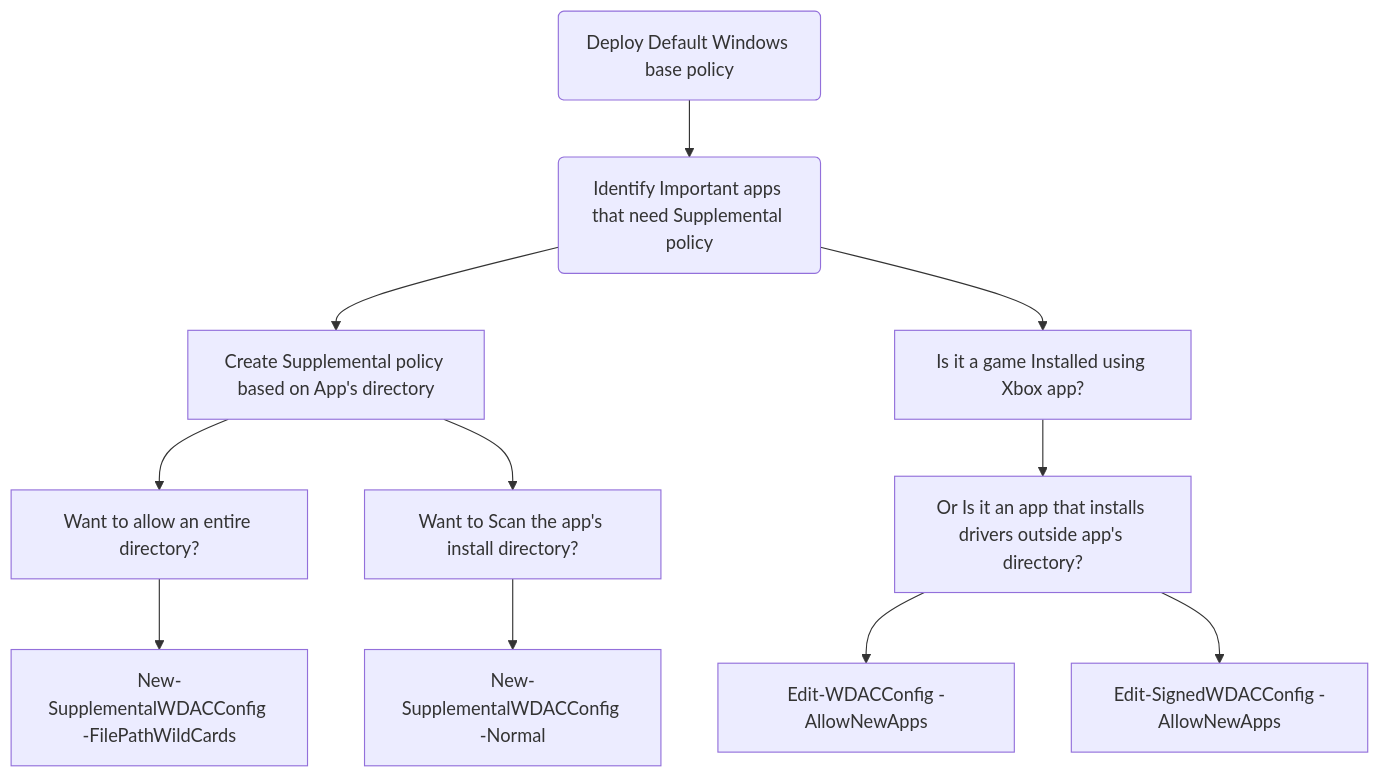
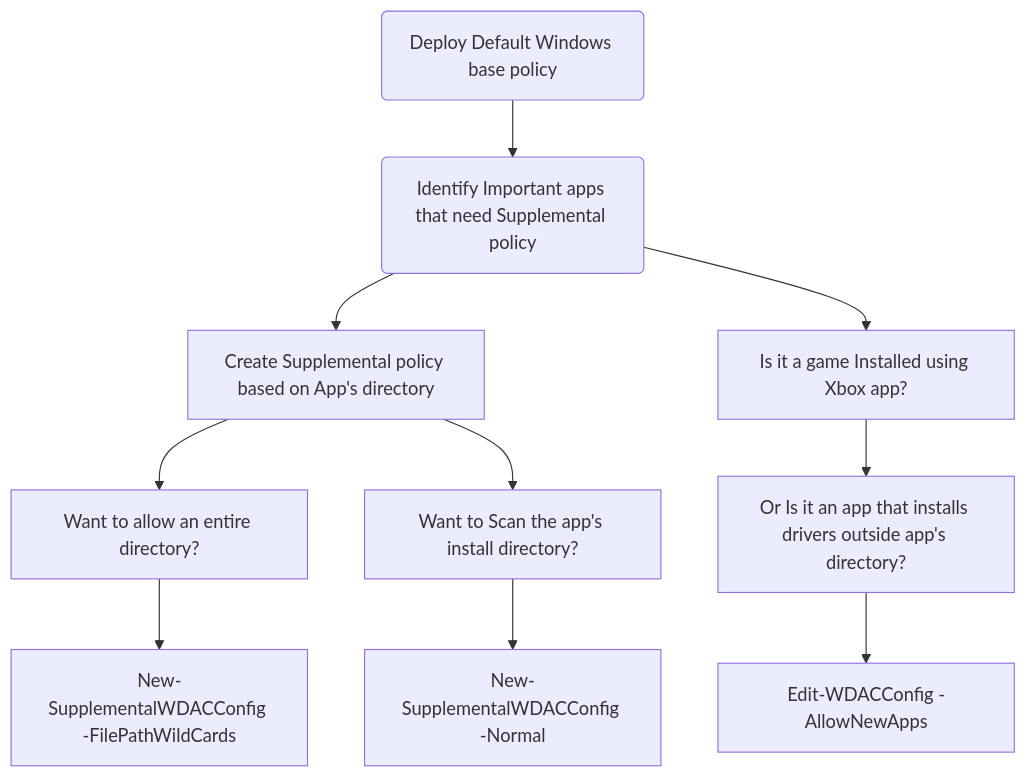
One commit to HotCakeX/Harden-Windows-Security changed the diagram in Wiki posts/Windows Defender Application Control (WDAC)/WDAC for Fully managed device - Variant 2.md. Above: the diagram before and after it, drawn with Mermaid.

Commit message:
Update WDAC for Fully managed device - Variant 2.md

````diff
--- a/Wiki posts/Windows Defender Application Control (WDAC)/WDAC for Fully managed device - Variant 2.md
+++ b/Wiki posts/Windows Defender Application Control (WDAC)/WDAC for Fully managed device - Variant 2.md
@@ -13,13 +13,12 @@
 ```mermaid
 flowchart TD
     A(Deploy Default Windows base policy) -->B(Identify Important apps that need Supplemental policy)
     B --> C[Create Supplemental policy based on App's directory]
     C --> D[Want to allow an entire directory?]
     D --> E[New-SupplementalWDACConfig -FilePathWildCards]
     C --> F[Want to Scan the app's install directory?]
     F --> G[New-SupplementalWDACConfig -Normal]
     B --> H[Is it a game Installed using Xbox app?]
     H --> I[Or Is it an app that installs drivers outside app's directory?]
     I --> J[Edit-WDACConfig -AllowNewApps]
-    I --> K[Edit-SignedWDACConfig -AllowNewApps]
 ```
````
